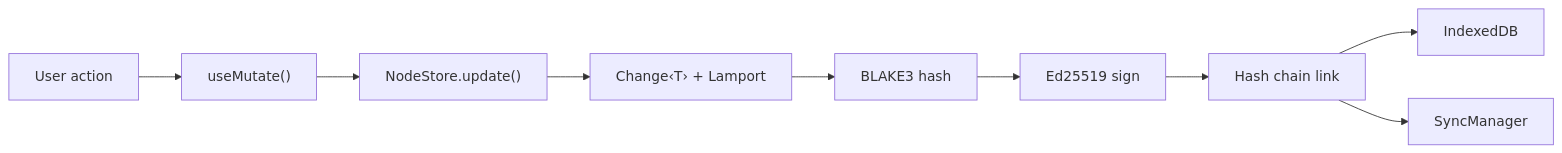
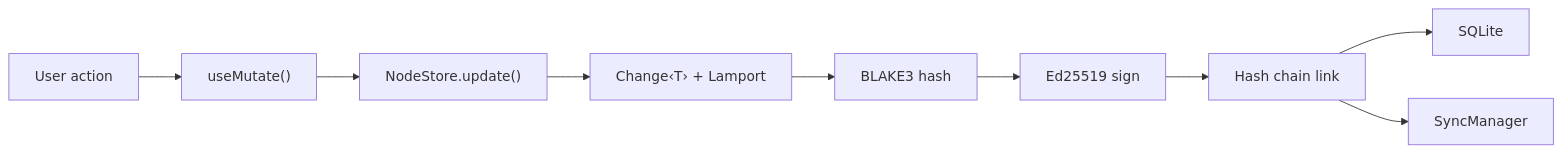
The first of 3 diagrams in site/src/content/docs/docs/architecture/overview.mdx (crs48/xNet), drawn with Mermaid before and after one commit. The commit also changed other lines of this file and 22 other files, not shown here.

````diff
--- a/site/src/content/docs/docs/architecture/overview.mdx
+++ b/site/src/content/docs/docs/architecture/overview.mdx
@@ -66,11 +66,11 @@
 ```mermaid
 flowchart LR
   A["User action"] --> B["useMutate()"]
   B --> C["NodeStore.update()"]
   C --> D["Change‹T› + Lamport"]
   D --> E["BLAKE3 hash"]
   E --> F["Ed25519 sign"]
   F --> G["Hash chain link"]
-  G --> H["IndexedDB"]
+  G --> H["SQLite"]
   G --> I["SyncManager"]
 ```
````
